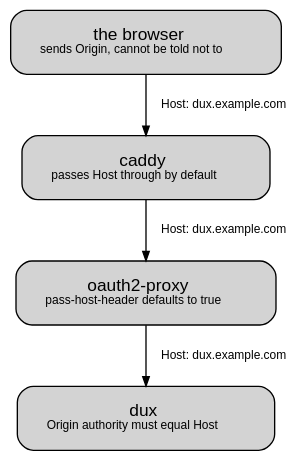
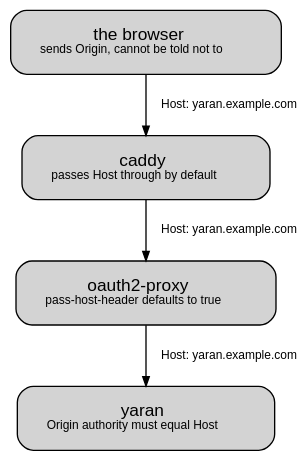
The second of 2 diagrams in website/docs/public-hosting.md (SiavZ/dux-amq-setup), drawn with Graphviz before and after one commit. The commit also changed other lines of this file and 1805 other files, not shown here.

Commit message:
Rebrand dux fork as Yaran with legacy interoperability

````diff
--- a/website/docs/public-hosting.md
+++ b/website/docs/public-hosting.md
@@ -374,19 +374,19 @@
-```dot Every hop forwards the same Host, and dux checks it against the browser's Origin. Rewrite Host anywhere in that chain and only the writes break.
+```dot Every hop forwards the same Host, and yaran checks it against the browser's Origin. Rewrite Host anywhere in that chain and only the writes break.
 digraph headers {
   bgcolor="transparent";
   rankdir=TB;
   nodesep=0.3;
   ranksep=0.5;
   node [shape=box, style="rounded,filled", fontname="Helvetica", fontsize=13, margin="0.30,0.18", penwidth=1];
   edge [fontname="Helvetica", fontsize=9, arrowsize=0.7, penwidth=1];
 
   browser [class="d-outside", label=<the browser<br/><font point-size="9">sends Origin, cannot be told not to</font>>];
   caddy   [class="d-tls",     label=<caddy<br/><font point-size="9">passes Host through by default</font>>];
   gate    [class="d-gate",    label=<oauth2&#45;proxy<br/><font point-size="9">pass&#45;host&#45;header defaults to true</font>>];
-  duxsvc  [class="d-app",     label=<dux<br/><font point-size="9">Origin authority must equal Host</font>>];
+  yaransvc  [class="d-app",     label=<yaran<br/><font point-size="9">Origin authority must equal Host</font>>];
 
-  browser -> caddy  [label="  Host: dux.example.com"];
-  caddy   -> gate   [label="  Host: dux.example.com"];
-  gate    -> duxsvc [label="  Host: dux.example.com"];
+  browser -> caddy  [label="  Host: yaran.example.com"];
+  caddy   -> gate   [label="  Host: yaran.example.com"];
+  gate    -> yaransvc [label="  Host: yaran.example.com"];
 }
 ```
````
